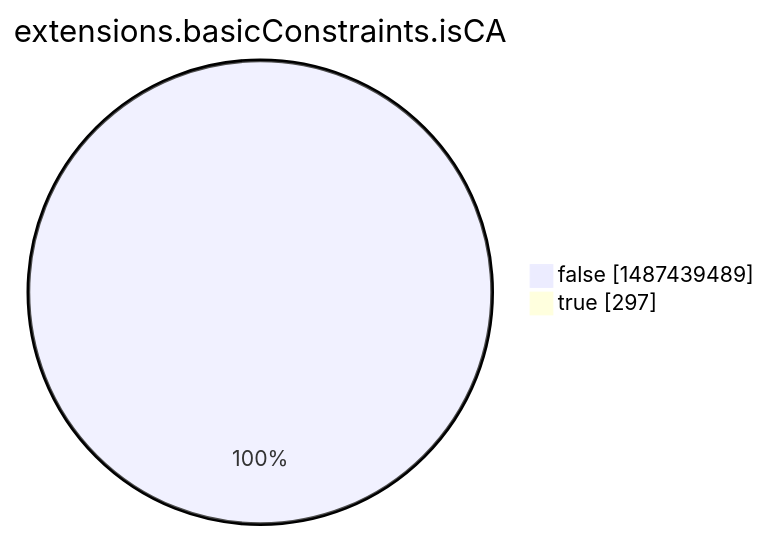
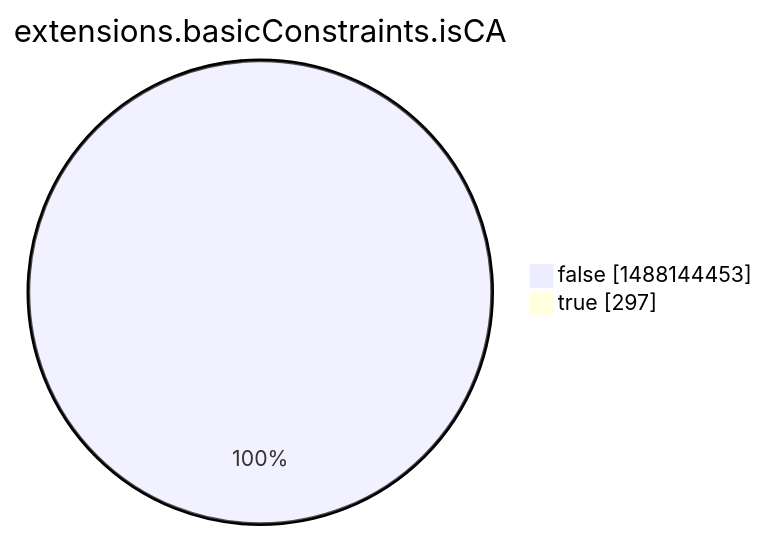
Before and after one commit to christiankrug/ctmonitor_visualization: the eighth of 15 diagrams in argon2022/README.md, drawn with Mermaid. The commit also changed other lines of this file, not shown here.

````diff
--- a/argon2022/README.md
+++ b/argon2022/README.md
@@ -2760,6 +2760,6 @@
 ```mermaid
 pie showData
 title extensions.basicConstraints.isCA
-"false" :1487439489
+"false" :1488144453
 "true" :297
 ```
````
